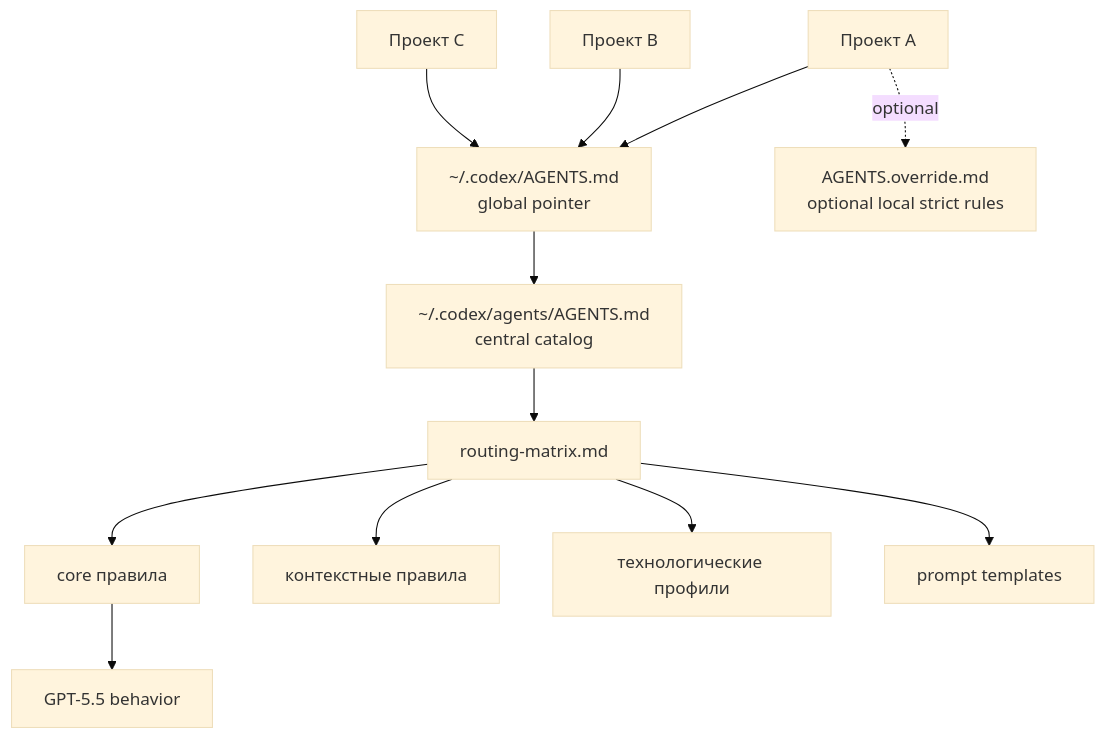
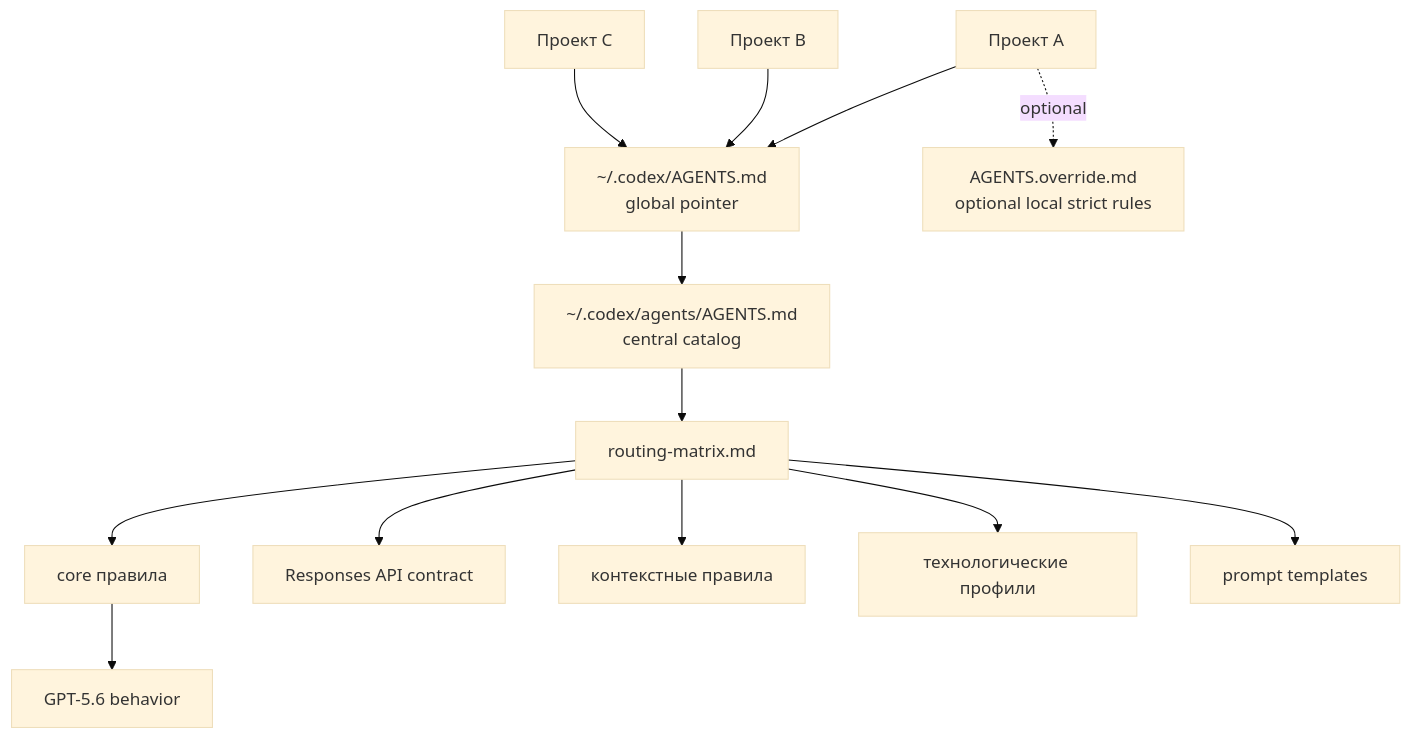
The diagram in README.md (Kibnet/Agents.md), drawn with Mermaid (base theme) before and after one commit. The commit also changed other lines of this file and 11 other files, not shown here.

First line of the commit message:
feat(model): migrate catalog to GPT-5.6

````diff
--- a/README.md
+++ b/README.md
@@ -55,34 +55,36 @@
 ```mermaid
 flowchart TD
 
 CodexHome[~/.codex/AGENTS.md<br/>global pointer]
 Central[~/.codex/agents/AGENTS.md<br/>central catalog]
 
 RepoA[Проект A]
 RepoB[Проект B]
 RepoC[Проект C]
 Override[AGENTS.override.md<br/>optional local strict rules]
 
 Router[routing-matrix.md]
 
 Core[core правила]
-Model[GPT-5.5 behavior]
+Model[GPT-5.6 behavior]
+Responses[Responses API contract]
 Contexts[контекстные правила]
 Profiles[технологические профили]
 Prompts[prompt templates]
 
 CodexHome --> Central
 
 RepoA --> CodexHome
 RepoB --> CodexHome
 RepoC --> CodexHome
 RepoA -. optional .-> Override
 
 Central --> Router
 
 Router --> Core
 Core --> Model
+Router --> Responses
 Router --> Contexts
 Router --> Profiles
 Router --> Prompts
 ```
````
